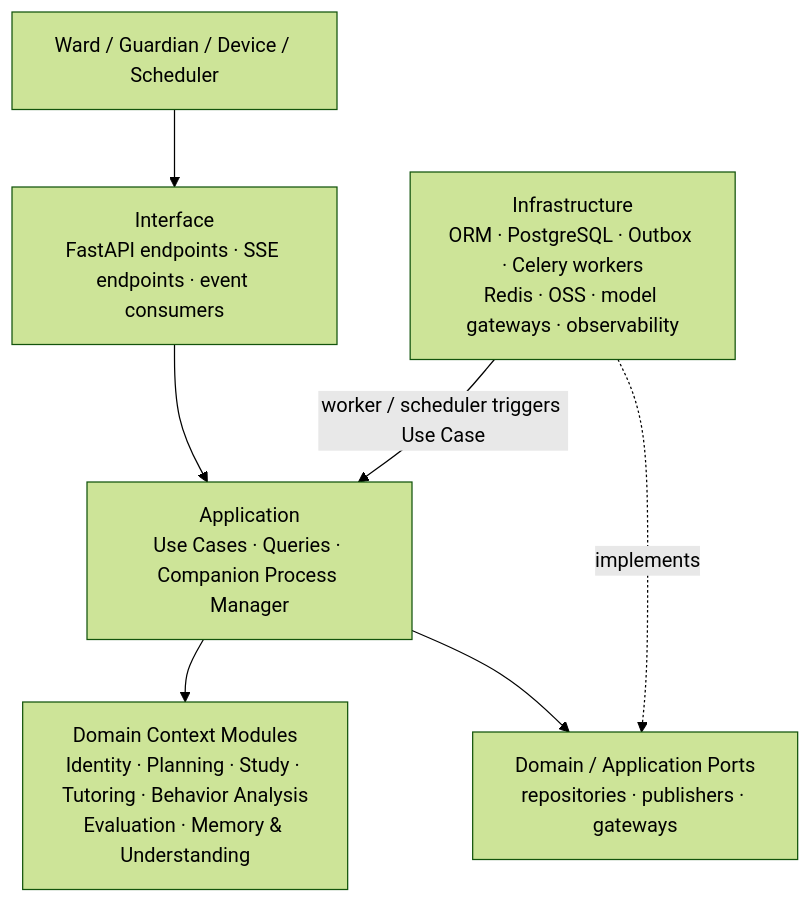
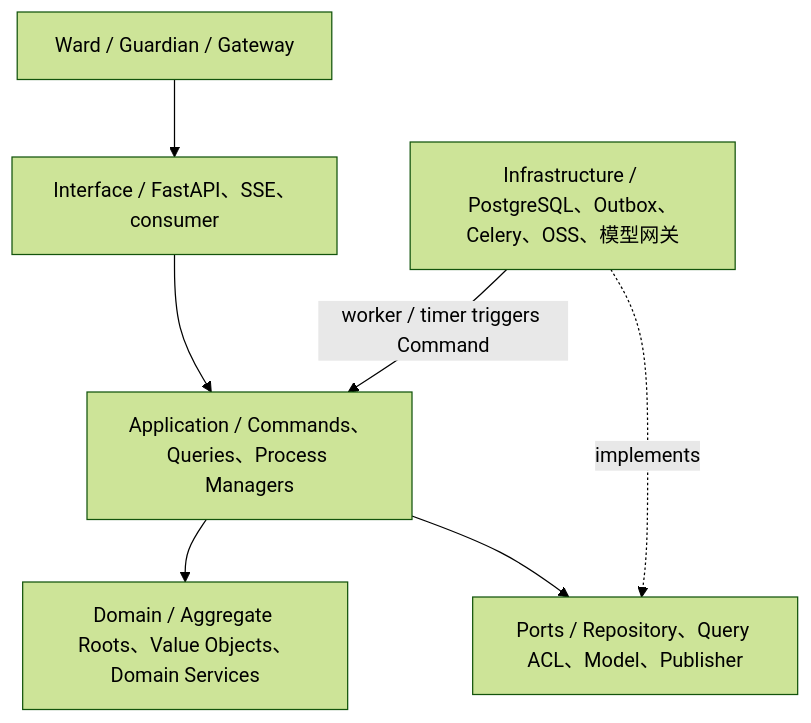
One commit to johanchow/duxue changed the second of 2 diagrams in docs/technical/ddd-overview.md. Above: the diagram before and after it, drawn with Mermaid (forest theme). The commit also changed other lines of this file and 10 other files, not shown here.

````diff
--- a/docs/technical/ddd-overview.md
+++ b/docs/technical/ddd-overview.md
@@ -125,16 +100,15 @@
 ```mermaid
 flowchart TB
-    ACT[Ward / Guardian / Device / Scheduler]
-    IF[Interface<br/>FastAPI endpoints · SSE endpoints · event consumers]
-    APP[Application<br/>Use Cases · Queries · Companion Process Manager]
-    DC[Domain Context Modules<br/>Identity · Planning · Study · Tutoring · Behavior Analysis<br/>Evaluation · Memory & Understanding]
-    PORT[Domain / Application Ports<br/>repositories · publishers · gateways]
-    INF[Infrastructure<br/>ORM · PostgreSQL · Outbox · Celery workers<br/>Redis · OSS · model gateways · observability]
-
+    ACT[Ward / Guardian / Gateway]
+    IF[Interface / FastAPI、SSE、consumer]
+    APP[Application / Commands、Queries、Process Managers]
+    DOM[Domain / Aggregate Roots、Value Objects、Domain Services]
+    PORT[Ports / Repository、Query ACL、Model、Publisher]
+    INF[Infrastructure / PostgreSQL、Outbox、Celery、OSS、模型网关]
     ACT --> IF
     IF --> APP
-    APP --> DC
+    APP --> DOM
     APP --> PORT
     INF -.implements.-> PORT
-    INF -->|worker / scheduler triggers Use Case| APP
+    INF -->|worker / timer triggers Command| APP
 ```
````
